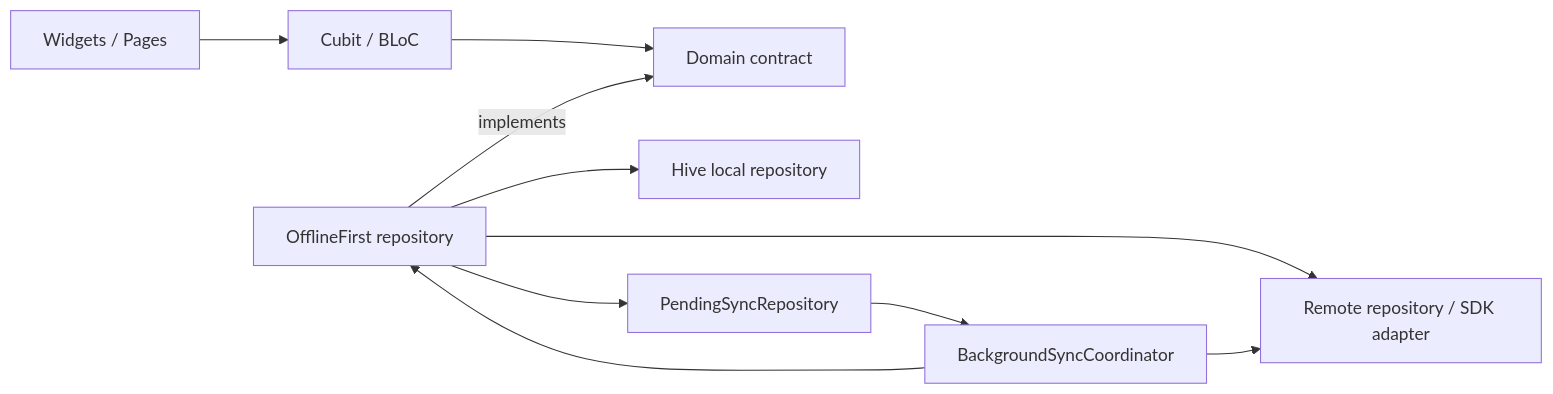
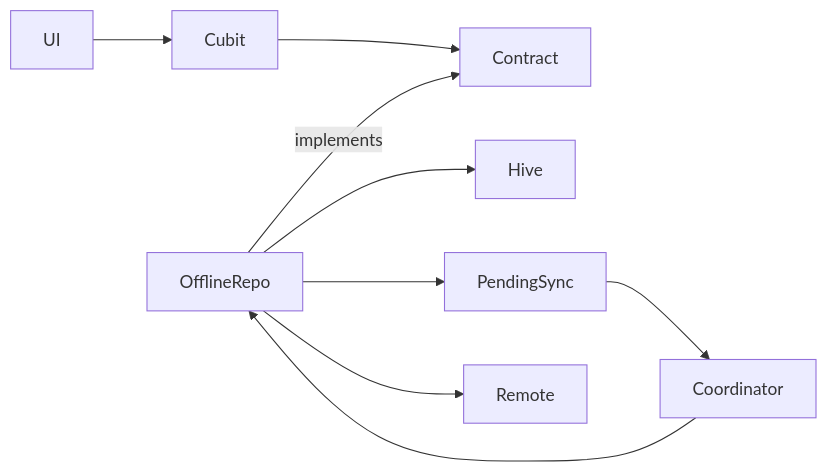
One commit to redjadet/flutter_bloc_app changed the diagram in docs/engineering/offline_first_flutter_architecture_with_conflict_resolution.md. Above: the diagram before and after it, drawn with Mermaid. The commit also changed other lines of this file and 73 other files, not shown here.

````diff
--- a/docs/engineering/offline_first_flutter_architecture_with_conflict_resolution.md
+++ b/docs/engineering/offline_first_flutter_architecture_with_conflict_resolution.md
@@ -53,12 +6,11 @@
 ```mermaid
 flowchart LR
-  UI["Widgets / Pages"] --> Cubit["Cubit / BLoC"]
-  Cubit --> Contract["Domain contract"]
-  OfflineRepo["OfflineFirst repository"] -->|implements| Contract
-  OfflineRepo --> Local["Hive local repository"]
-  OfflineRepo --> Queue["PendingSyncRepository"]
-  OfflineRepo --> Remote["Remote repository / SDK adapter"]
-  Queue --> Coordinator["BackgroundSyncCoordinator"]
+  UI --> Cubit
+  Cubit --> Contract
+  OfflineRepo -->|implements| Contract
+  OfflineRepo --> Local[Hive]
+  OfflineRepo --> Queue[PendingSync]
+  OfflineRepo --> Remote
+  Queue --> Coordinator
   Coordinator --> OfflineRepo
-  Coordinator --> Remote
 ```
````
